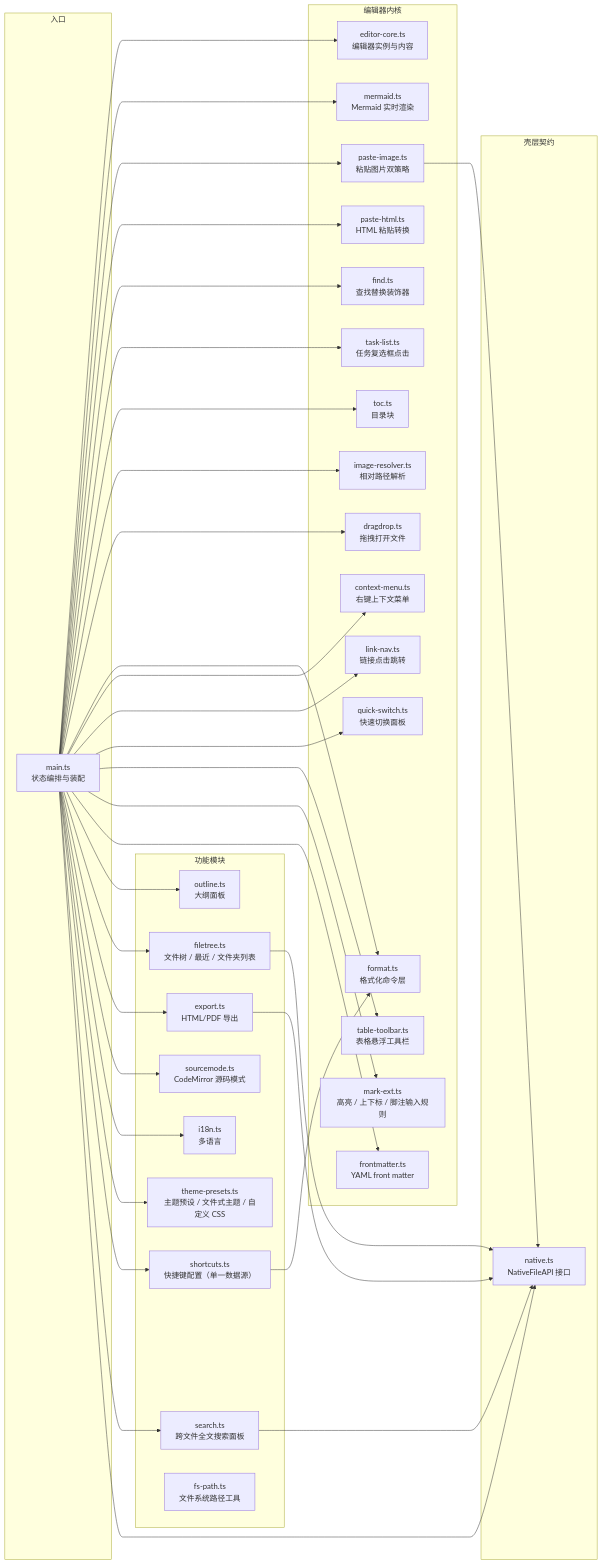
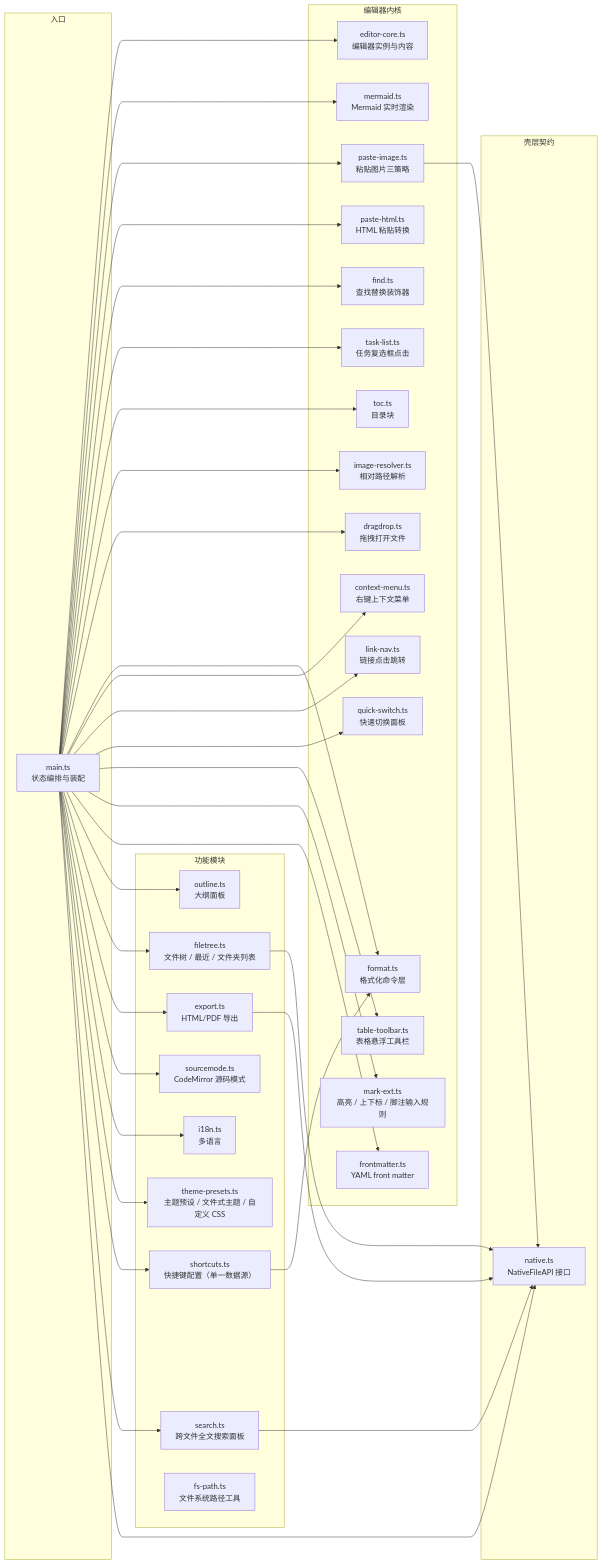
Before and after one commit to ChiangyangNPU/tmd: the third of 4 diagrams in docs/架构设计.md, drawn with Mermaid. The commit also changed other lines of this file and 2 other files, not shown here.

````diff
--- a/docs/架构设计.md
+++ b/docs/架构设计.md
@@ -88,72 +88,72 @@
 ```mermaid
 flowchart LR
     subgraph 入口
         MAIN[main.ts<br/>状态编排与装配]
     end
 
     subgraph 编辑器内核
         EDITOR[editor-core.ts<br/>编辑器实例与内容]
         MERMAID[mermaid.ts<br/>Mermaid 实时渲染]
-        PASTE[paste-image.ts<br/>粘贴图片双策略]
+        PASTE[paste-image.ts<br/>粘贴图片三策略]
         PASTEHTML[paste-html.ts<br/>HTML 粘贴转换]
         FIND[find.ts<br/>查找替换装饰器]
         TASK[task-list.ts<br/>任务复选框点击]
         TOC[toc.ts<br/>目录块]
         IMGRES[image-resolver.ts<br/>相对路径解析]
         DROP[dragdrop.ts<br/>拖拽打开文件]
         FMT[format.ts<br/>格式化命令层]
         CTXMENU[context-menu.ts<br/>右键上下文菜单]
         LINKNAV[link-nav.ts<br/>链接点击跳转]
         QS[quick-switch.ts<br/>快速切换面板]
         TT[table-toolbar.ts<br/>表格悬浮工具栏]
         MARKEXT[mark-ext.ts<br/>高亮 / 上下标 / 脚注输入规则]
         FM[frontmatter.ts<br/>YAML front matter]
     end
 
     subgraph 功能模块
         OUTLINE[outline.ts<br/>大纲面板]
         TREE[filetree.ts<br/>文件树 / 最近 / 文件夹列表]
         EX[export.ts<br/>HTML/PDF 导出]
         SRC[sourcemode.ts<br/>CodeMirror 源码模式]
         I18N[i18n.ts<br/>多语言]
         THEMEPRESET[theme-presets.ts<br/>主题预设 / 文件式主题 / 自定义 CSS]
         SHORTCUTS[shortcuts.ts<br/>快捷键配置（单一数据源）]
         SEARCH[search.ts<br/>跨文件全文搜索面板]
         FSPATH[fs-path.ts<br/>文件系统路径工具]
     end
 
     subgraph 壳层契约
         NATIVE[native.ts<br/>NativeFileAPI 接口]
     end
 
     MAIN --> EDITOR
     MAIN --> MERMAID
     MAIN --> PASTE
     MAIN --> PASTEHTML
     MAIN --> FIND
     MAIN --> TASK
     MAIN --> TOC
     MAIN --> IMGRES
     MAIN --> DROP
     MAIN --> FMT
     MAIN --> CTXMENU
     MAIN --> LINKNAV
     MAIN --> QS
     MAIN --> TT
     MAIN --> MARKEXT
     MAIN --> FM
     MAIN --> OUTLINE
     MAIN --> TREE
     MAIN --> EX
     MAIN --> SRC
     MAIN --> I18N
     MAIN --> THEMEPRESET
     MAIN --> SHORTCUTS
     MAIN --> SEARCH
     MAIN --> NATIVE
     EX --> NATIVE
     TREE --> NATIVE
     PASTE --> NATIVE
     SHORTCUTS --> FMT
     SEARCH --> NATIVE
 ```
````
